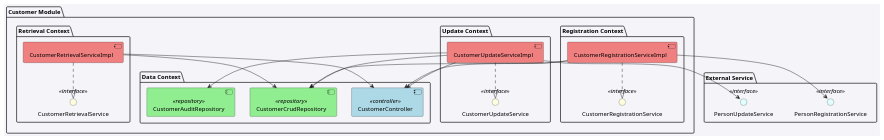
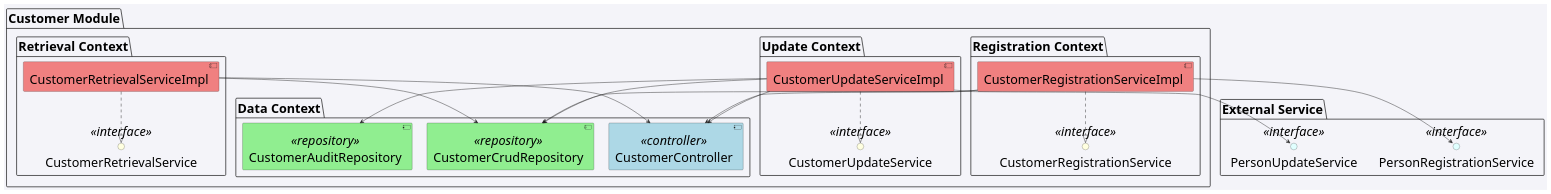
The diagram in codes/component_diagram_customer.wsd (LazaroDamasceno/Dissertacao-Mestrado), drawn with PlantUML before and after one commit. The commit also changed 13 other files, not shown here.

```diff
--- a/codes/component_diagram_customer.wsd
+++ b/codes/component_diagram_customer.wsd
@@ -1,52 +1,53 @@
 @startuml
 
 skinparam backgroundColor #f4f4f9
 skinparam componentStyle uml2
+skinparam defaultFontSize 30
 
 package "Customer Module" {
 
 package "Data Context" {
     component "CustomerController" <<controller>> #lightblue
     component "CustomerCrudRepository" <<repository>> #lightgreen
     component "CustomerAuditRepository" <<repository>> #lightgreen
 }
 
 package "Registration Context" {
     interface CustomerRegistrationService <<interface>> #lightyellow
     component CustomerRegistrationServiceImpl #lightcoral
 
     CustomerRegistrationServiceImpl ..|> CustomerRegistrationService
     CustomerRegistrationServiceImpl --> CustomerCrudRepository
     CustomerRegistrationServiceImpl --> CustomerController
 }
 
 package "Update Context" {
     interface CustomerUpdateService <<interface>> #lightyellow
     component CustomerUpdateServiceImpl #lightcoral
 
     CustomerUpdateServiceImpl ..|> CustomerUpdateService
     CustomerUpdateServiceImpl --> CustomerCrudRepository
     CustomerUpdateServiceImpl --> CustomerAuditRepository
     CustomerUpdateServiceImpl --> CustomerController
 }
 
 package "Retrieval Context" {
     interface CustomerRetrievalService <<interface>> #lightyellow
     component CustomerRetrievalServiceImpl #lightcoral
 
     CustomerRetrievalServiceImpl ..|> CustomerRetrievalService
     CustomerRetrievalServiceImpl --> CustomerCrudRepository
     CustomerRetrievalServiceImpl --> CustomerController
 }
 
 }
 
 package "External Service" {
     interface "PersonRegistrationService" <<interface>> #lightcyan
     interface "PersonUpdateService" <<interface>> #lightcyan
 }
 
 CustomerRegistrationServiceImpl --> PersonRegistrationService
 CustomerUpdateServiceImpl --> PersonUpdateService
 
 @enduml
```
